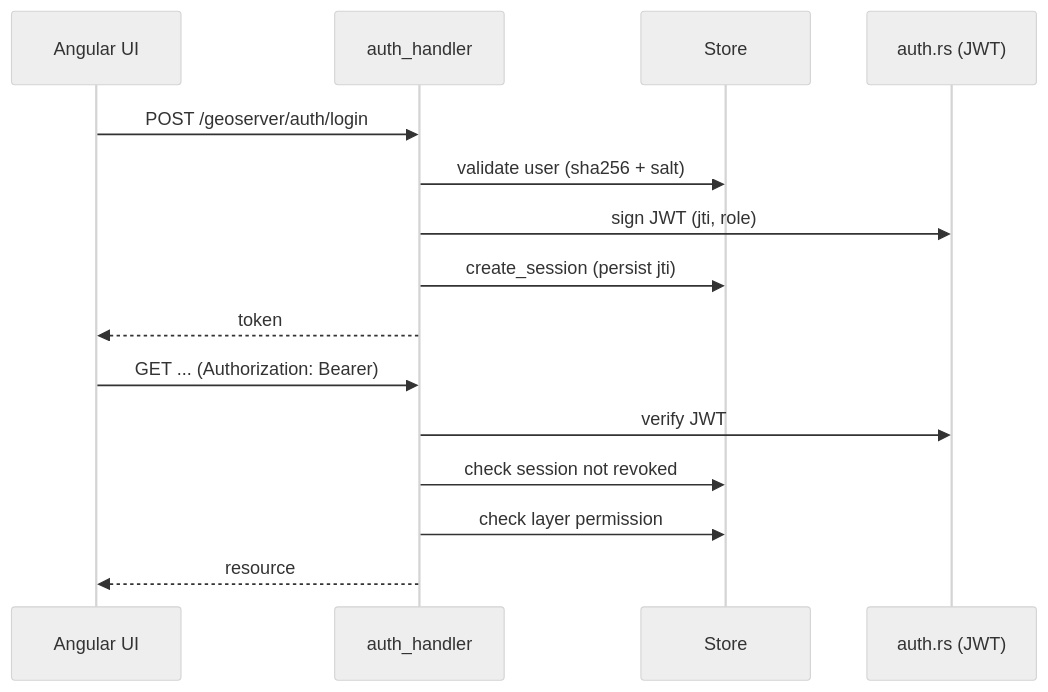
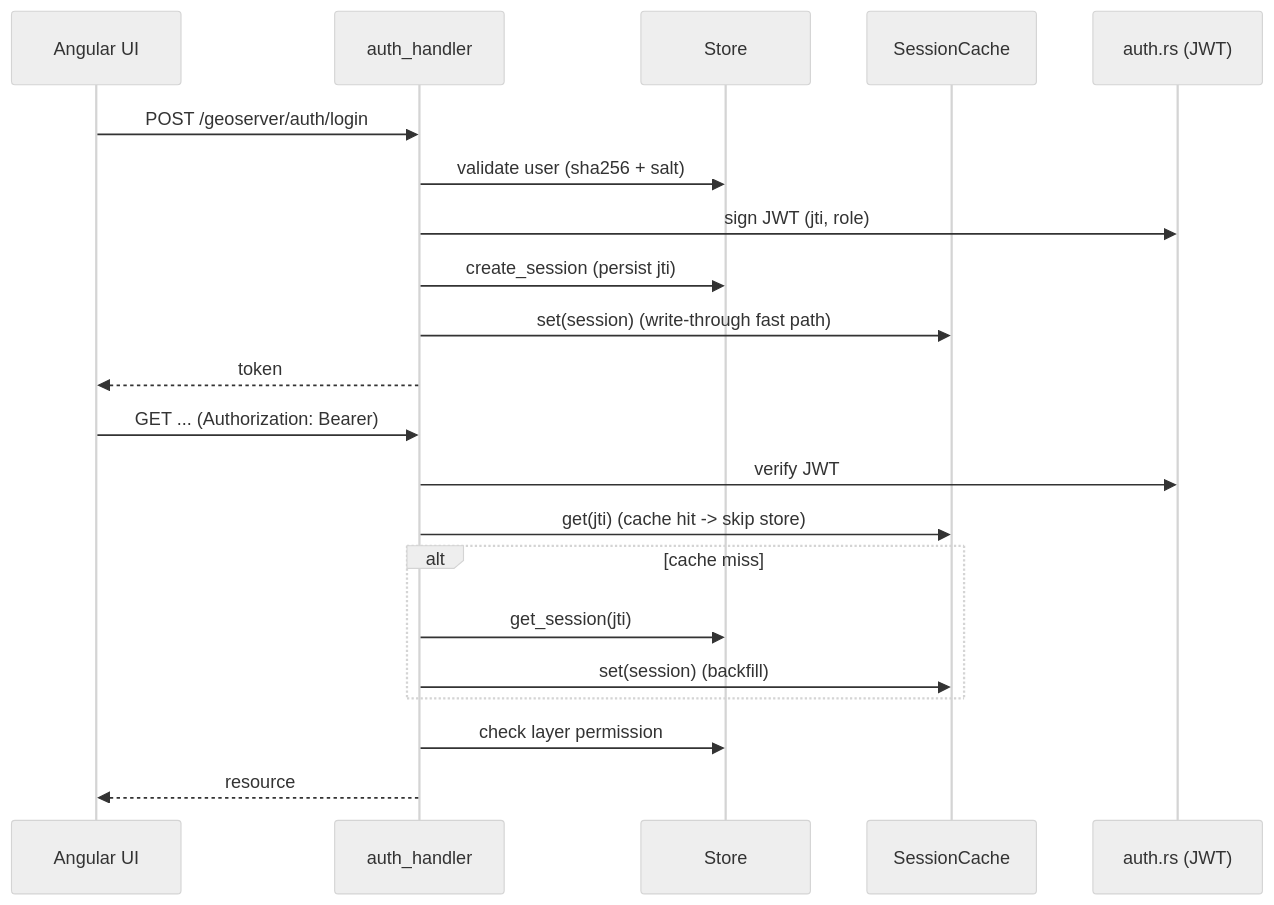
Before and after one commit to kakach96/Terrane: the sixth of 7 diagrams in docs/ARCHITECTURE.md, drawn with Mermaid (neutral theme). The commit also changed other lines of this file and 29 other files, not shown here.

````diff
--- a/docs/ARCHITECTURE.md
+++ b/docs/ARCHITECTURE.md
@@ -186,18 +202,24 @@
 ```mermaid
 sequenceDiagram
     participant UI as Angular UI
     participant H as auth_handler
     participant S as Store
+    participant SC as SessionCache
     participant A as auth.rs (JWT)
 
     UI->>H: POST /geoserver/auth/login
     H->>S: validate user (sha256 + salt)
     H->>A: sign JWT (jti, role)
     H->>S: create_session (persist jti)
+    H->>SC: set(session) (write-through fast path)
     H-->>UI: token
     UI->>H: GET ... (Authorization: Bearer)
     H->>A: verify JWT
-    H->>S: check session not revoked
+    H->>SC: get(jti) (cache hit -> skip store)
+    alt cache miss
+        H->>S: get_session(jti)
+        H->>SC: set(session) (backfill)
+    end
     H->>S: check layer permission
     H-->>UI: resource
 ```
````
